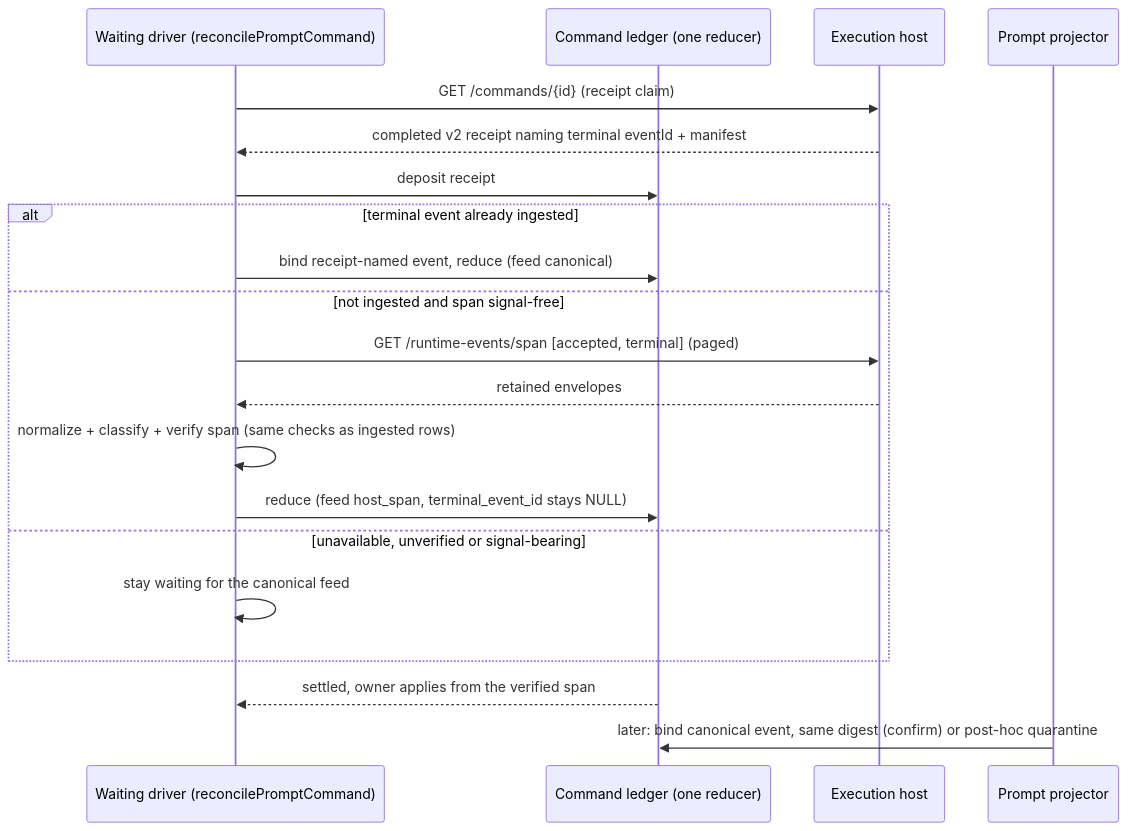
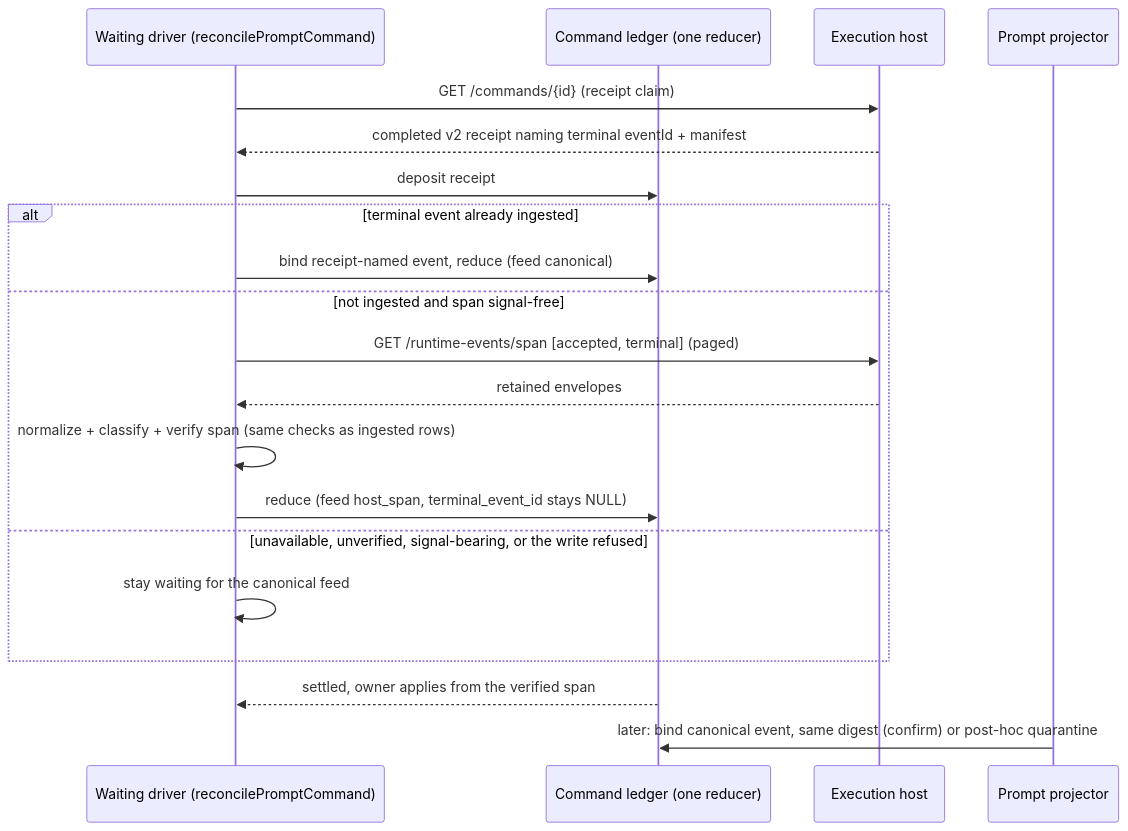
One commit to maister-dev/maister changed the fourth of 4 diagrams in docs/system-analytics/execution-prompt-lifecycle.md. Above: the diagram before and after it, drawn with Mermaid. The commit also changed other lines of this file and 2 other files, not shown here.

````diff
--- a/docs/system-analytics/execution-prompt-lifecycle.md
+++ b/docs/system-analytics/execution-prompt-lifecycle.md
@@ -192,22 +192,22 @@
 ```mermaid
 sequenceDiagram
   participant D as Waiting driver (reconcilePromptCommand)
   participant M as Command ledger (one reducer)
   participant H as Execution host
   participant P as Prompt projector
   D->>H: GET /commands/{id} (receipt claim)
   H-->>D: completed v2 receipt naming terminal eventId + manifest
   D->>M: deposit receipt
   alt terminal event already ingested
     D->>M: bind receipt-named event, reduce (feed canonical)
   else not ingested and span signal-free
     D->>H: GET /runtime-events/span [accepted, terminal] (paged)
     H-->>D: retained envelopes
     D->>D: normalize + classify + verify span (same checks as ingested rows)
     D->>M: reduce (feed host_span, terminal_event_id stays NULL)
-  else unavailable, unverified or signal-bearing
+  else unavailable, unverified, signal-bearing, or the write refused
     D->>D: stay waiting for the canonical feed
   end
   M-->>D: settled, owner applies from the verified span
   P->>M: later: bind canonical event, same digest (confirm) or post-hoc quarantine
 ```
````
